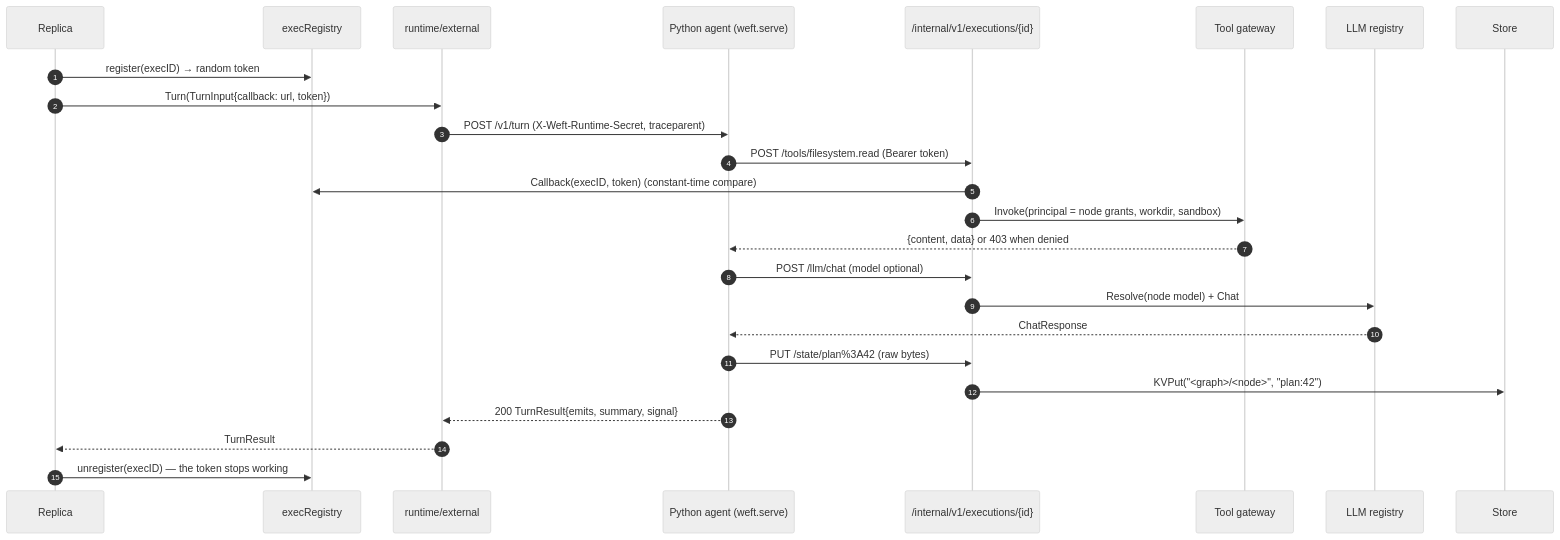
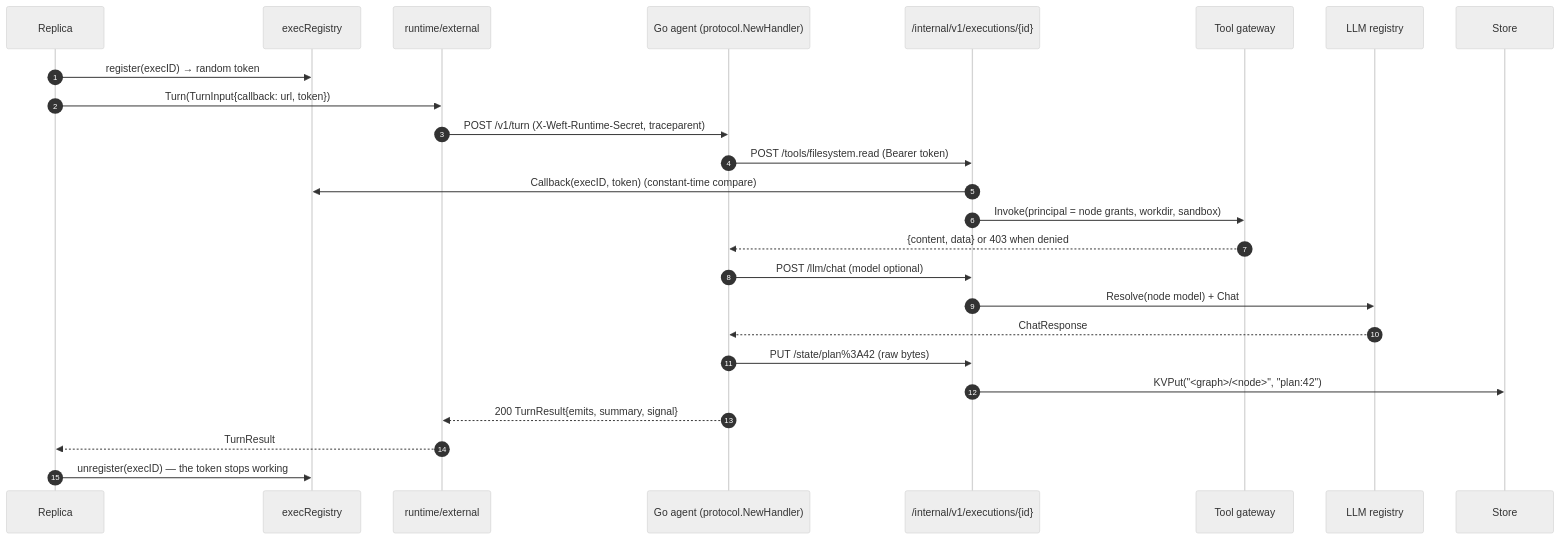
Before and after one commit to woliveiras/weft: the second of 12 diagrams in docs/diagrams/sequences.md, drawn with Mermaid (neutral theme). The commit also changed other lines of this file and 21 other files, not shown here.

Commit message:
docs(agents): guide graph authors and operators through the Go cutover

````diff
--- a/docs/diagrams/sequences.md
+++ b/docs/diagrams/sequences.md
@@ -52,28 +52,28 @@
 ```mermaid
 sequenceDiagram
   autonumber
   participant R as Replica
   participant X as execRegistry
   participant EXT as runtime/external
-  participant PY as Python agent (weft.serve)
+  participant PY as Go agent (protocol.NewHandler)
   participant CB as /internal/v1/executions/{id}
   participant TG as Tool gateway
   participant LG as LLM registry
   participant S as Store
 
   R->>X: register(execID) → random token
   R->>EXT: Turn(TurnInput{callback: url, token})
   EXT->>PY: POST /v1/turn (X-Weft-Runtime-Secret, traceparent)
   PY->>CB: POST /tools/filesystem.read (Bearer token)
   CB->>X: Callback(execID, token) (constant-time compare)
   CB->>TG: Invoke(principal = node grants, workdir, sandbox)
   TG-->>PY: {content, data} or 403 when denied
   PY->>CB: POST /llm/chat (model optional)
   CB->>LG: Resolve(node model) + Chat
   LG-->>PY: ChatResponse
   PY->>CB: PUT /state/plan%3A42 (raw bytes)
   CB->>S: KVPut("<graph>/<node>", "plan:42")
   PY-->>EXT: 200 TurnResult{emits, summary, signal}
   EXT-->>R: TurnResult
   R->>X: unregister(execID) — the token stops working
 ```
````
